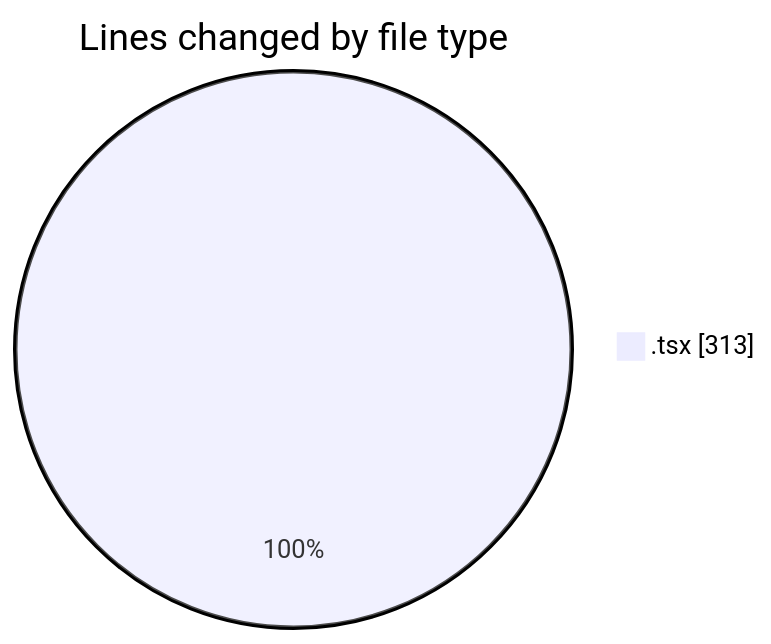
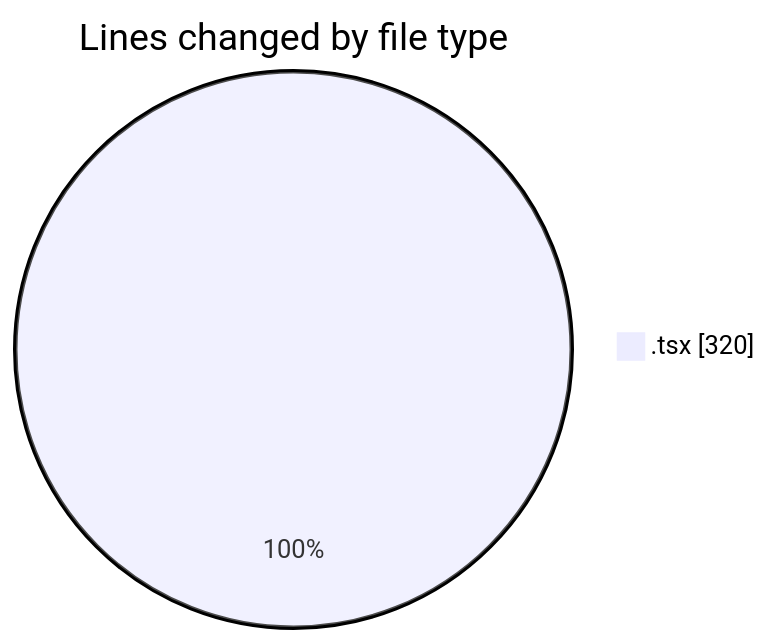
The first of 2 diagrams in 2025-01-20/activity-tracker/README.md (momahboobian/code-tracking), drawn with Mermaid before and after one commit. The commit also changed other lines of this file and 1 other file, not shown here.

````diff
--- a/2025-01-20/activity-tracker/README.md
+++ b/2025-01-20/activity-tracker/README.md
@@ -23,5 +23,5 @@
 ```mermaid
 pie showData
 title Lines changed by file type
-".tsx" : 313
+".tsx" : 320
 ```
````
